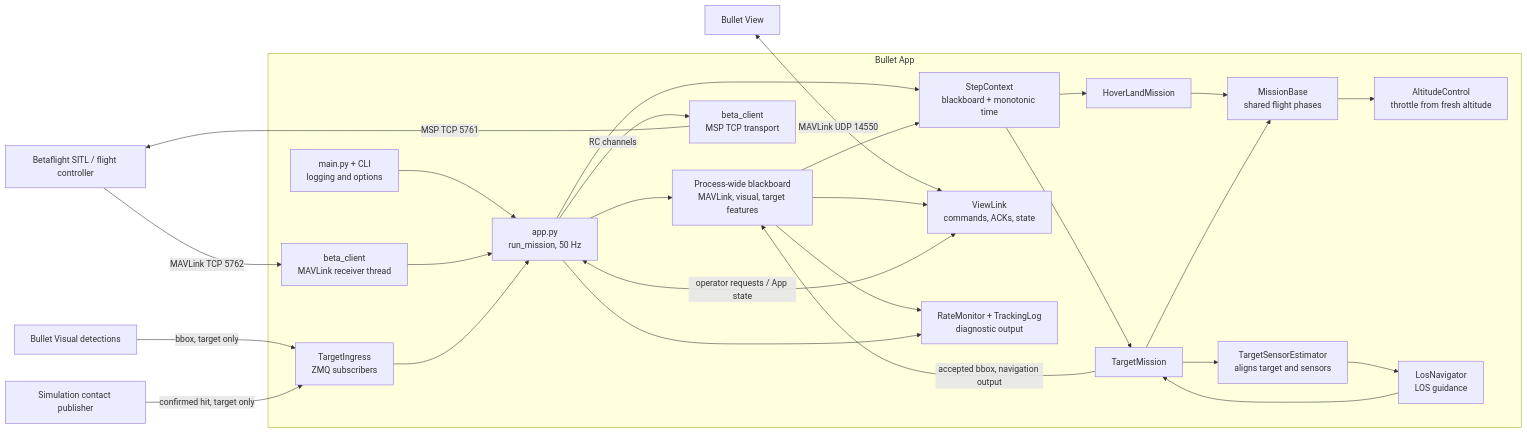
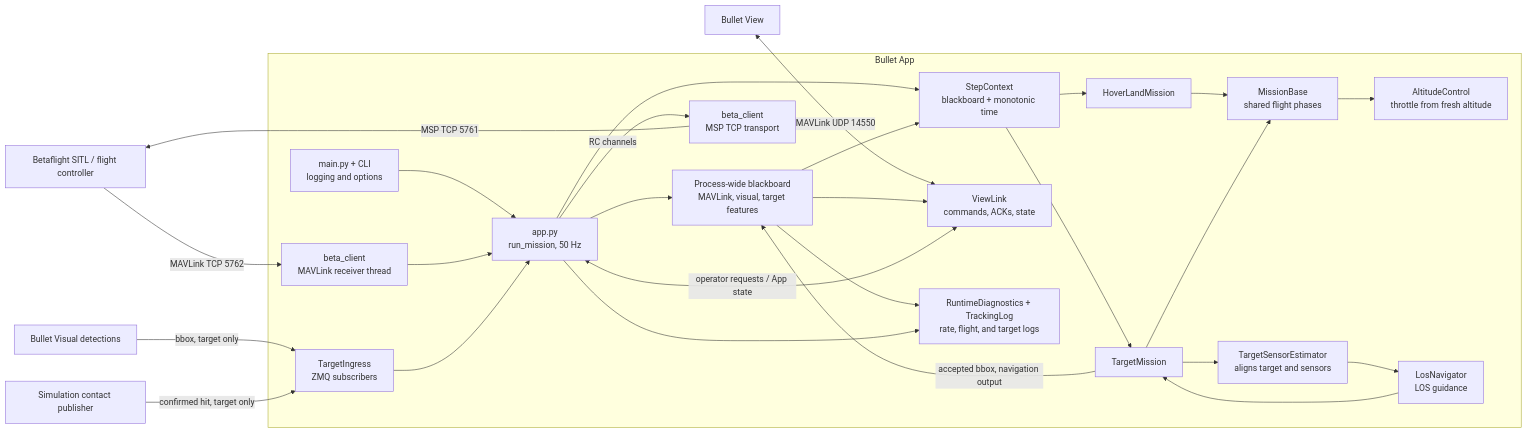
One commit to mayaboker/bullet_app changed the first of 2 diagrams in docs/mission-control-loop.md. Above: the diagram before and after it, drawn with Mermaid. The commit also changed other lines of this file and 7 other files, not shown here.

````diff
--- a/docs/mission-control-loop.md
+++ b/docs/mission-control-loop.md
@@ -7,46 +7,46 @@
 ```mermaid
 flowchart LR
     FC["Betaflight SITL / flight controller"]
     View["Bullet View"]
     Visual["Bullet Visual detections"]
     Contact["Simulation contact publisher"]
 
     subgraph App["Bullet App"]
         Entry["main.py + CLI<br/>logging and options"]
         Runner["app.py<br/>run_mission, 50 Hz"]
         Telemetry["beta_client<br/>MAVLink receiver thread"]
         Blackboard["Process-wide blackboard<br/>MAVLink, visual, target features"]
         Context["StepContext<br/>blackboard + monotonic time"]
         Msp["beta_client<br/>MSP TCP transport"]
         Link["ViewLink<br/>commands, ACKs, state"]
         Ingress["TargetIngress<br/>ZMQ subscribers"]
         Hover["HoverLandMission"]
         Target["TargetMission"]
         Base["MissionBase<br/>shared flight phases"]
         Altitude["AltitudeControl<br/>throttle from fresh altitude"]
         Estimator["TargetSensorEstimator<br/>aligns target and sensors"]
         Navigator["LosNavigator<br/>LOS guidance"]
-        Diagnostics["RateMonitor + TrackingLog<br/>diagnostic output"]
+        Diagnostics["RuntimeDiagnostics + TrackingLog<br/>rate, flight, and target logs"]
     end
 
     Entry --> Runner
     FC -->|"MAVLink TCP 5762"| Telemetry
     Telemetry --> Runner --> Blackboard
     Runner --> Context --> Hover
     Context --> Target
     Blackboard --> Context
     Runner -->|"RC channels"| Msp -->|"MSP TCP 5761"| FC
     View <-->|"MAVLink UDP 14550"| Link
     Link <-->|"operator requests / App state"| Runner
     Visual -->|"bbox, target only"| Ingress
     Contact -->|"confirmed hit, target only"| Ingress
     Ingress --> Runner
     Hover --> Base
     Target --> Base
     Base --> Altitude
     Target --> Estimator --> Navigator --> Target
     Target -->|"accepted bbox, navigation output"| Blackboard
     Blackboard --> Link
     Blackboard --> Diagnostics
     Runner --> Diagnostics
 ```
````
